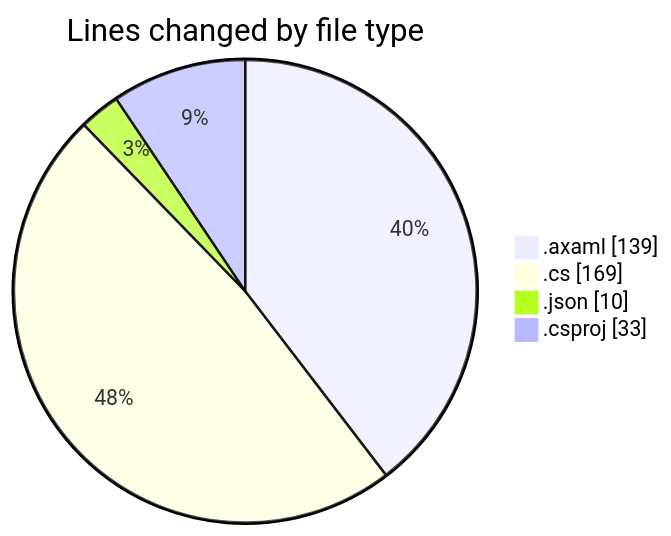
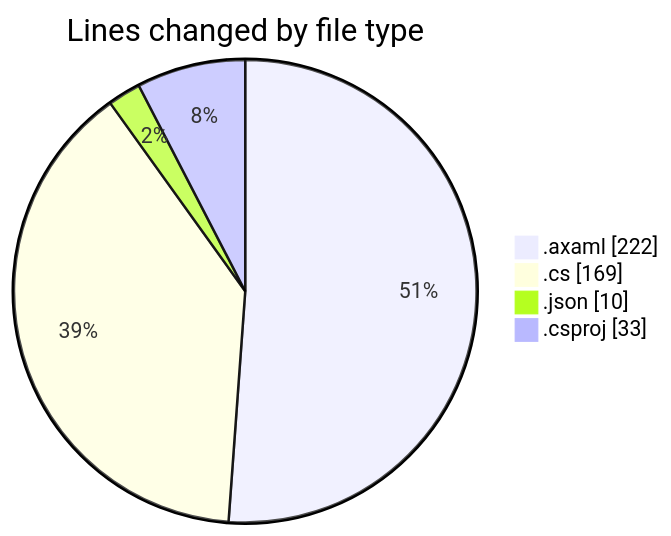
One commit to Netris89/code-tracking changed the first of 2 diagrams in 2025-10-21/skintrack/README.md. Above: the diagram before and after it, drawn with Mermaid. The commit also changed other lines of this file and 1 other file, not shown here.

````diff
--- a/2025-10-21/skintrack/README.md
+++ b/2025-10-21/skintrack/README.md
@@ -28,8 +28,8 @@
 ```mermaid
 pie showData
 title Lines changed by file type
-".axaml" : 139
+".axaml" : 222
 ".cs" : 169
 ".json" : 10
 ".csproj" : 33
 ```
````
